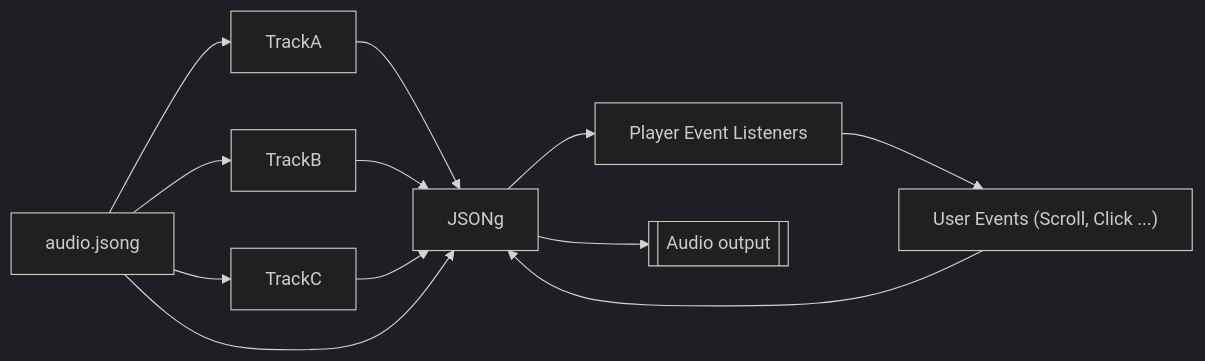
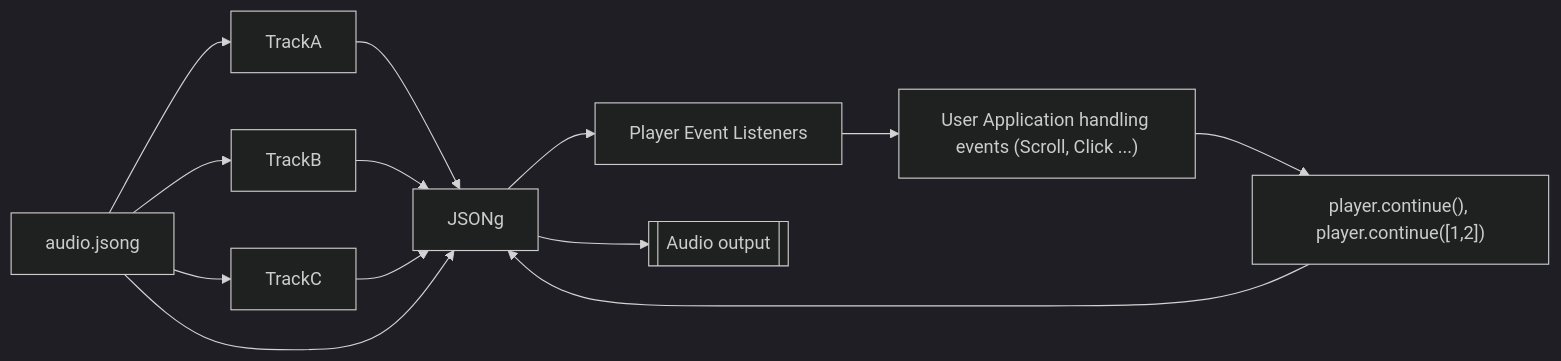
The diagram in README.md (purewack/jsong-audio), drawn with Mermaid (dark theme) before and after one commit. The commit also changed other lines of this file, not shown here.

````diff
--- a/README.md
+++ b/README.md
@@ -8,22 +16,23 @@
 ```mermaid
 graph LR
   a[TrackA];
   b[TrackB];
   c[TrackC];
-  ev["User Events (Scroll, Click ...)"]
+  ev["User Application handling events (Scroll, Click ...)"]
+  calls["player.continue(), player.continue([1,2])"];
   player[JSONg]
   callbacks[Player Event Listeners]
   m[audio.jsong]
 
   a --> player
   b --> player
   c --> player
   m --> player
   m --> a
   m --> b
   m --> c
   player --> callbacks
   callbacks --> ev
-  ev --> player
+  ev --> calls --> player
   player --> o[[Audio output]]
 ```
````
